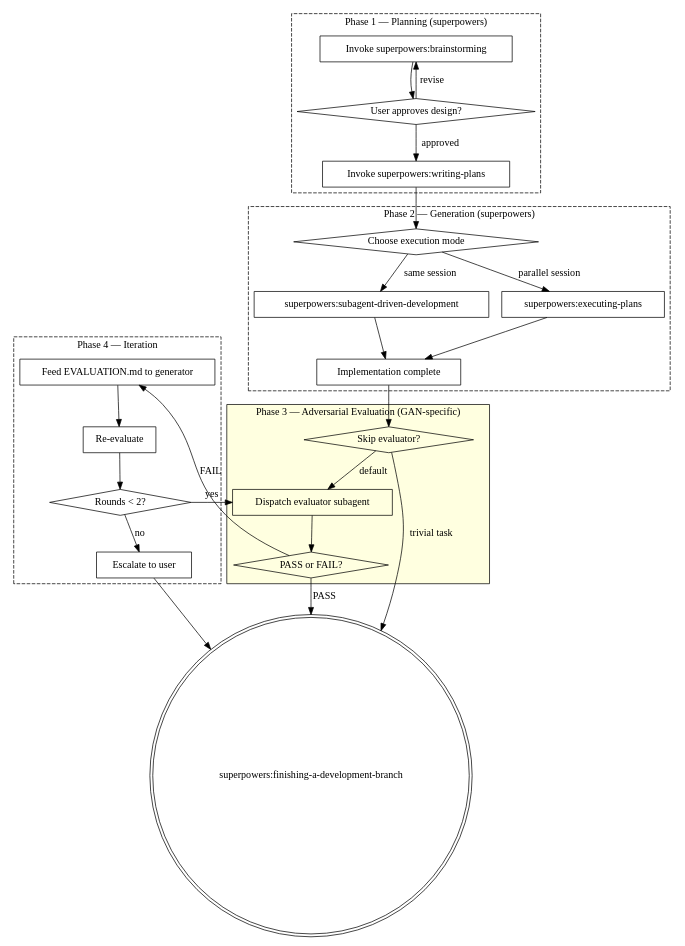
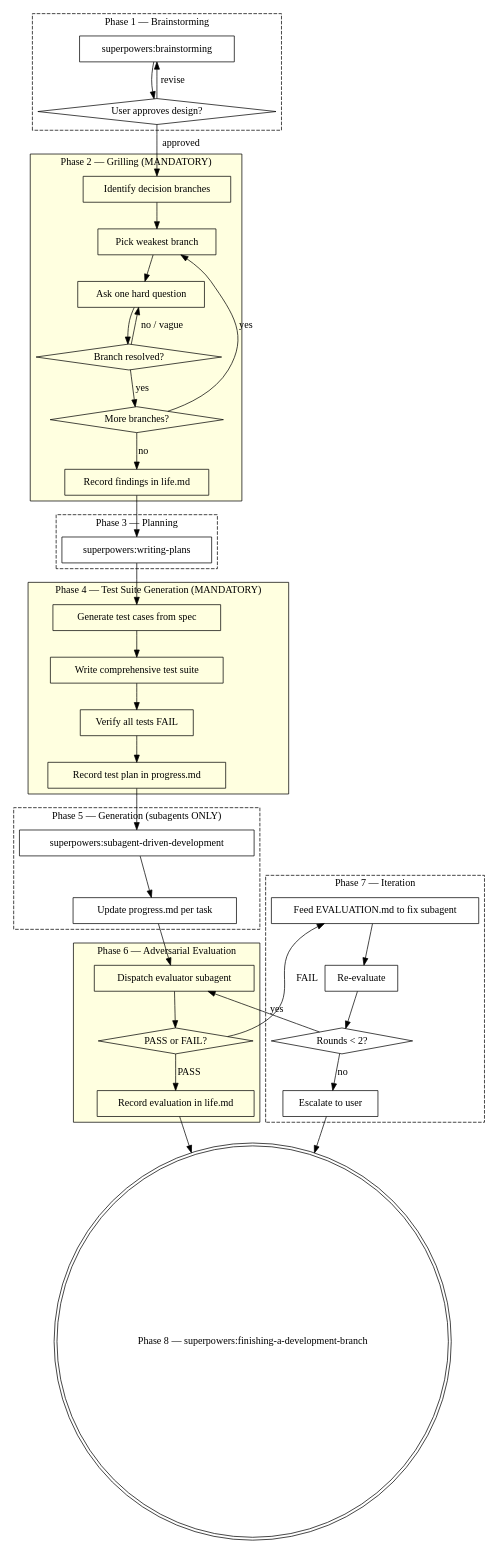
The diagram in djinni-skills/GAN/SKILL.md (Shamash2014/nvimcfg), drawn with Graphviz before and after one commit. The commit also changed other lines of this file and 4 other files, not shown here.

```diff
--- a/djinni-skills/GAN/SKILL.md
+++ b/djinni-skills/GAN/SKILL.md
@@ -33,56 +72,87 @@
     rankdir=TB;
 
     subgraph cluster_phase1 {
-        label="Phase 1 — Planning (superpowers)";
+        label="Phase 1 — Brainstorming";
         style=dashed;
-        "Invoke superpowers:brainstorming" [shape=box];
+        "superpowers:brainstorming" [shape=box];
         "User approves design?" [shape=diamond];
-        "Invoke superpowers:writing-plans" [shape=box];
     }
 
     subgraph cluster_phase2 {
-        label="Phase 2 — Generation (superpowers)";
-        style=dashed;
-        "Choose execution mode" [shape=diamond];
-        "superpowers:subagent-driven-development" [shape=box];
-        "superpowers:executing-plans" [shape=box];
-        "Implementation complete" [shape=box];
+        label="Phase 2 — Grilling (MANDATORY)";
+        style=filled fillcolor=lightyellow;
+        "Identify decision branches" [shape=box];
+        "Pick weakest branch" [shape=box];
+        "Ask one hard question" [shape=box];
+        "Branch resolved?" [shape=diamond];
+        "More branches?" [shape=diamond];
+        "Record findings in life.md" [shape=box];
     }
 
     subgraph cluster_phase3 {
-        label="Phase 3 — Adversarial Evaluation (GAN-specific)";
-        style=filled fillcolor=lightyellow;
-        "Skip evaluator?" [shape=diamond];
-        "Dispatch evaluator subagent" [shape=box];
-        "PASS or FAIL?" [shape=diamond];
+        label="Phase 3 — Planning";
+        style=dashed;
+        "superpowers:writing-plans" [shape=box];
     }
 
     subgraph cluster_phase4 {
-        label="Phase 4 — Iteration";
+        label="Phase 4 — Test Suite Generation (MANDATORY)";
+        style=filled fillcolor=lightyellow;
+        "Generate test cases from spec" [shape=box];
+        "Write comprehensive test suite" [shape=box];
+        "Verify all tests FAIL" [shape=box];
+        "Record test plan in progress.md" [shape=box];
+    }
+
+    subgraph cluster_phase5 {
+        label="Phase 5 — Generation (subagents ONLY)";
         style=dashed;
-        "Feed EVALUATION.md to generator" [shape=box];
+        "superpowers:subagent-driven-development" [shape=box];
+        "Update progress.md per task" [shape=box];
+    }
+
+    subgraph cluster_phase6 {
+        label="Phase 6 — Adversarial Evaluation";
+        style=filled fillcolor=lightyellow;
+        "Dispatch evaluator subagent" [shape=box];
+        "PASS or FAIL?" [shape=diamond];
+        "Record evaluation in life.md" [shape=box];
+    }
+
+    subgraph cluster_phase7 {
+        label="Phase 7 — Iteration";
+        style=dashed;
+        "Feed EVALUATION.md to fix subagent" [shape=box];
         "Re-evaluate" [shape=box];
         "Rounds < 2?" [shape=diamond];
         "Escalate to user" [shape=box];
     }
 
-    "Finish" [shape=doublecircle label="superpowers:finishing-a-development-branch"];
+    "Finish" [shape=doublecircle label="Phase 8 — superpowers:finishing-a-development-branch"];
 
-    "Invoke superpowers:brainstorming" -> "User approves design?";
-    "User approves design?" -> "Invoke superpowers:brainstorming" [label="revise"];
-    "User approves design?" -> "Invoke superpowers:writing-plans" [label="approved"];
-    "Invoke superpowers:writing-plans" -> "Choose execution mode";
-    "Choose execution mode" -> "superpowers:subagent-driven-development" [label="same session"];
-    "Choose execution mode" -> "superpowers:executing-plans" [label="parallel session"];
-    "superpowers:subagent-driven-development" -> "Implementation complete";
-    "superpowers:executing-plans" -> "Implementation complete";
-    "Implementation complete" -> "Skip evaluator?";
-    "Skip evaluator?" -> "Finish" [label="trivial task"];
-    "Skip evaluator?" -> "Dispatch evaluator subagent" [label="default"];
+    "superpowers:brainstorming" -> "User approves design?";
+    "User approves design?" -> "superpowers:brainstorming" [label="revise"];
+    "User approves design?" -> "Identify decision branches" [label="approved"];
+    "Identify decision branches" -> "Pick weakest branch";
+    "Pick weakest branch" -> "Ask one hard question";
+    "Ask one hard question" -> "Branch resolved?";
+    "Branch resolved?" -> "Ask one hard question" [label="no / vague"];
+    "Branch resolved?" -> "More branches?" [label="yes"];
+    "More branches?" -> "Pick weakest branch" [label="yes"];
+    "More branches?" -> "Record findings in life.md" [label="no"];
+    "Record findings in life.md" -> "superpowers:writing-plans";
+    "superpowers:writing-plans" -> "Generate test cases from spec";
+    "Generate test cases from spec" -> "Write comprehensive test suite";
+    "Write comprehensive test suite" -> "Verify all tests FAIL";
+    "Verify all tests FAIL" -> "Record test plan in progress.md";
+    "Record test plan in progress.md" -> "superpowers:subagent-driven-development";
+    "superpowers:subagent-driven-development" -> "Update progress.md per task";
+    "Update progress.md per task" -> "Dispatch evaluator subagent";
     "Dispatch evaluator subagent" -> "PASS or FAIL?";
-    "PASS or FAIL?" -> "Finish" [label="PASS"];
-    "PASS or FAIL?" -> "Feed EVALUATION.md to generator" [label="FAIL"];
-    "Feed EVALUATION.md to generator" -> "Re-evaluate";
+    "PASS or FAIL?" -> "Record evaluation in life.md" [label="PASS"];
+    "Record evaluation in life.md" -> "Finish";
+    "PASS or FAIL?" -> "Feed EVALUATION.md to fix subagent" [label="FAIL"];
+    "Feed EVALUATION.md to fix subagent" -> "Re-evaluate";
     "Re-evaluate" -> "Rounds < 2?";
     "Rounds < 2?" -> "Dispatch evaluator subagent" [label="yes"];
     "Rounds < 2?" -> "Escalate to user" [label="no"];
```
